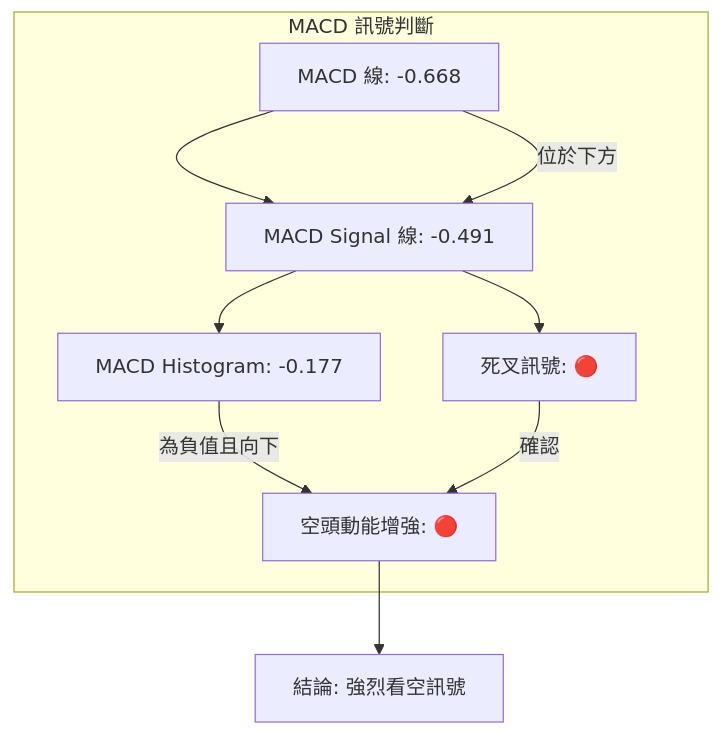
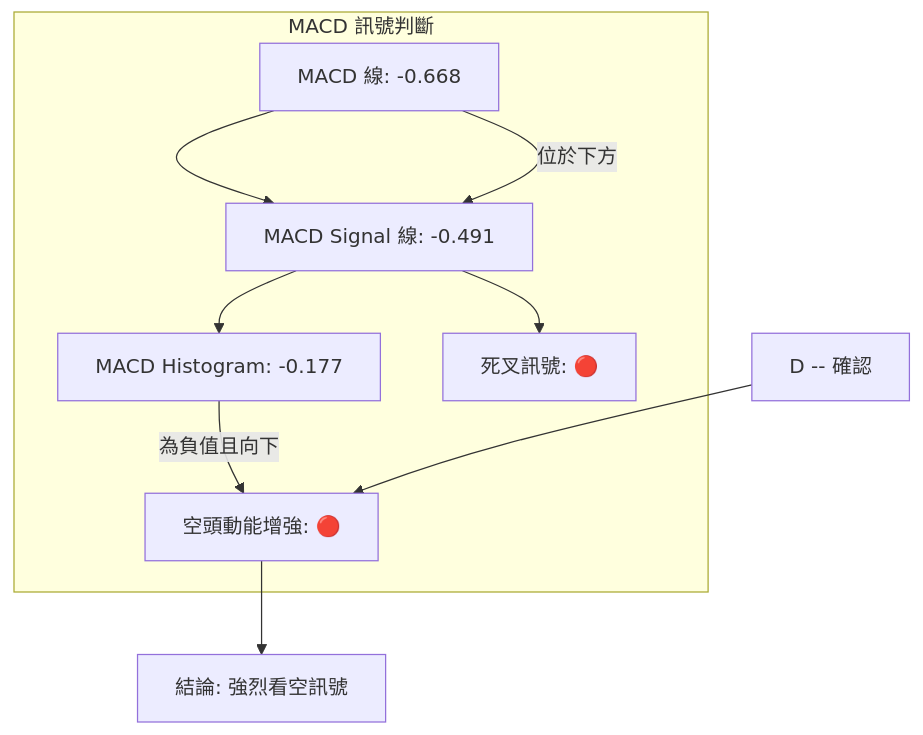
The eighth of 12 diagrams in ai_gen_report/stock/onds/technical_analysis_2026-07-01_gemini.md (yennanliu/finance_data), drawn with Mermaid before and after one commit. The commit also changed other lines of this file and 2258 other files, not shown here.

First line of the commit message:
chore: backfill Mermaid syntax repair across existing reports

````diff
--- a/ai_gen_report/stock/onds/technical_analysis_2026-07-01_gemini.md
+++ b/ai_gen_report/stock/onds/technical_analysis_2026-07-01_gemini.md
@@ -477,13 +477,13 @@
 ```mermaid
 graph TD
-    A[MACD 線: -0.668] --> B[MACD Signal 線: -0.491]
-    B --> C[MACD Histogram: -0.177]
+    A["MACD 線: -0.668"] --> B["MACD Signal 線: -0.491"]
+    B --> C["MACD Histogram: -0.177"]
 
     subgraph MACD 訊號判斷
-        A -- 位於下方 --> B --> D[死叉訊號: 🔴]
-        C -- 為負值且向下 --> E[空頭動能增強: 🔴]
+        A -- 位於下方 --> B --> D["死叉訊號: 🔴"]
+        C -- 為負值且向下 --> E["空頭動能增強: 🔴"]
     end
 
-    D -- 確認 --> E
-    E --> F[結論: 強烈看空訊號]
+    nb1["D -- 確認"] --> E
+    E --> F["結論: 強烈看空訊號"]
 ```
````
